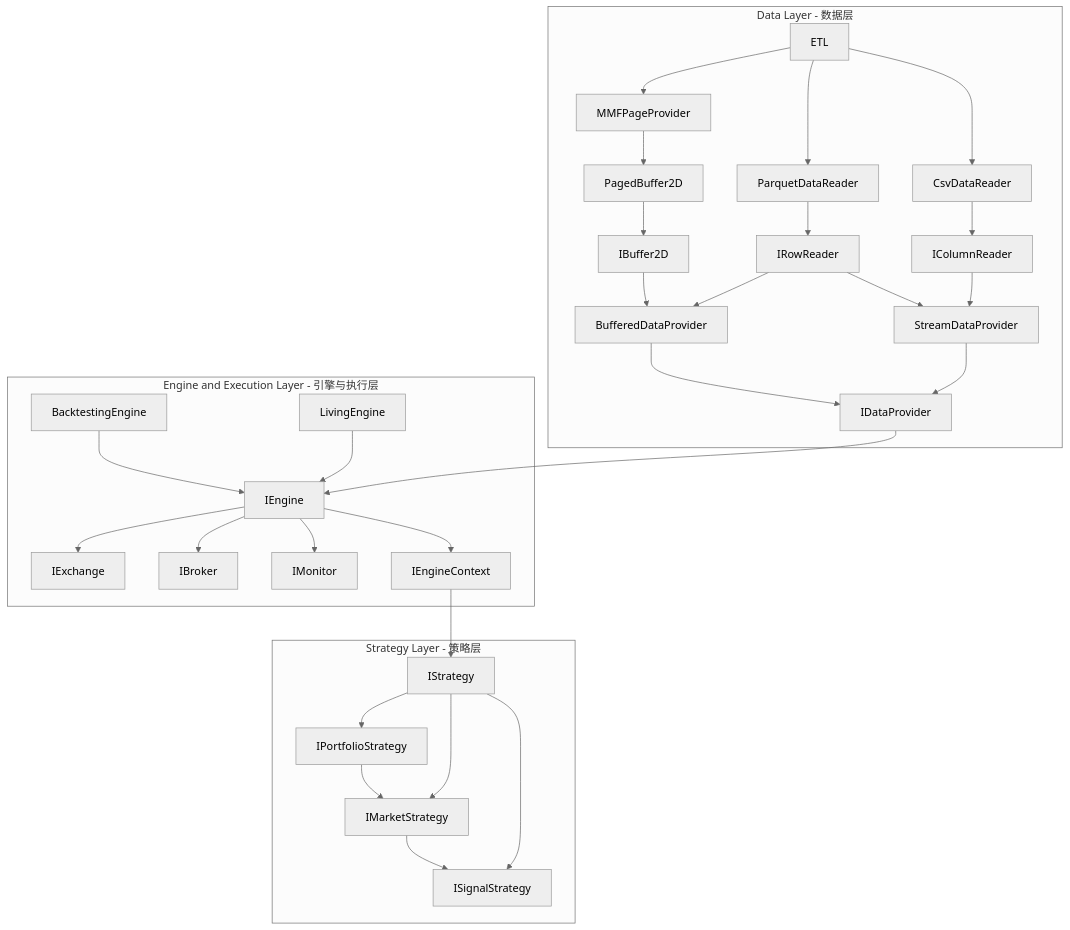
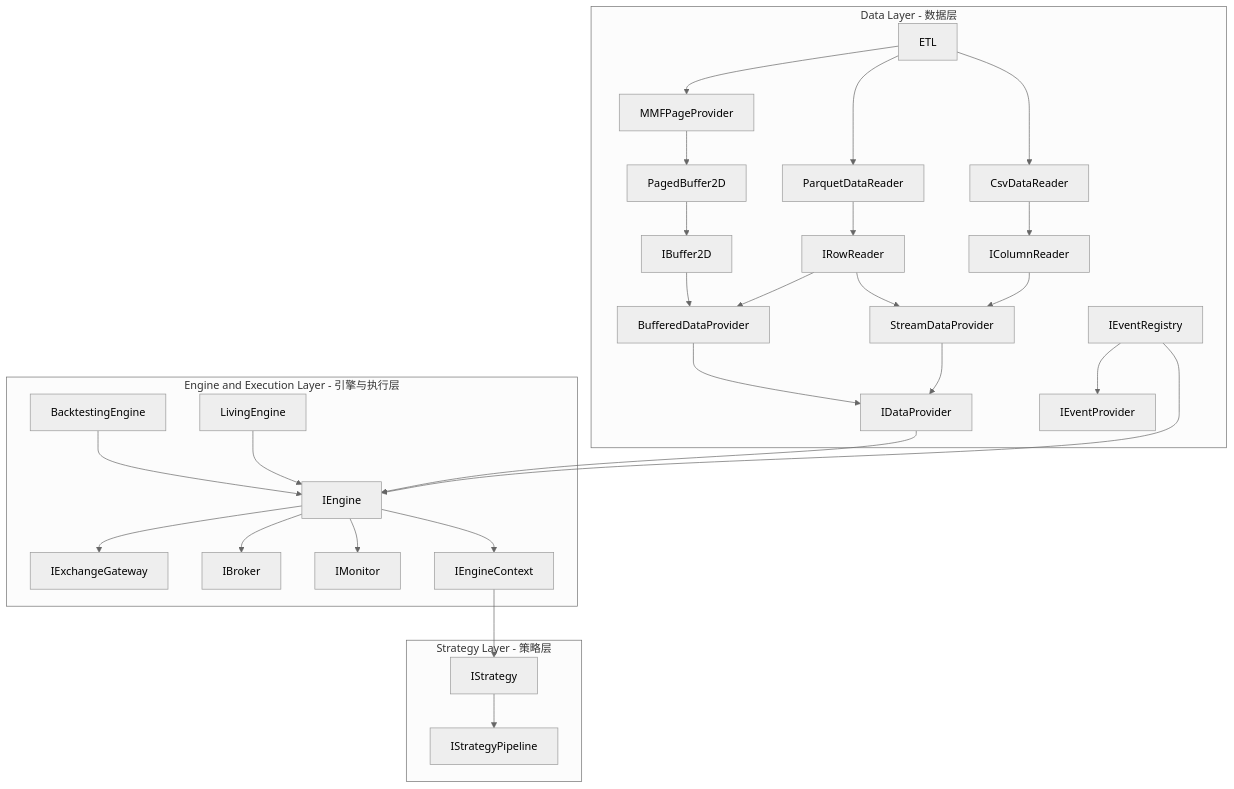
The diagram in .agent/README_FOR_AI.md (CRThu/CarrotQuant.Net), drawn with Mermaid (neutral theme) before and after one commit. The commit also changed 5 other files, not shown here.

Commit message:
更新流程框图

````diff
--- a/.agent/README_FOR_AI.md
+++ b/.agent/README_FOR_AI.md
@@ -9,63 +9,60 @@
 ```mermaid
 graph TD
     subgraph DataLayer [Data Layer - 数据层]
         ETL[ETL]
         MMFPageProvider[MMFPageProvider]
         ParquetDataReader[ParquetDataReader]
         CsvDataReader[CsvDataReader]
         PagedBuffer2D[PagedBuffer2D]
         IRowReader[IRowReader]
         IColumnReader[IColumnReader]
         IBuffer2D[IBuffer2D]
         BufferedDataProvider[BufferedDataProvider]
         StreamDataProvider[StreamDataProvider]
         IDataProvider[IDataProvider]
+        IEventRegistry[IEventRegistry]
+        IEventProvider[IEventProvider]
 
         ETL --> MMFPageProvider
         ETL --> ParquetDataReader
         ETL --> CsvDataReader
         MMFPageProvider --> PagedBuffer2D
         ParquetDataReader --> IRowReader
         CsvDataReader --> IColumnReader
         PagedBuffer2D --> IBuffer2D
         IBuffer2D --> BufferedDataProvider
         IRowReader --> BufferedDataProvider
         IColumnReader --> StreamDataProvider
         IRowReader --> StreamDataProvider
         BufferedDataProvider --> IDataProvider
         StreamDataProvider --> IDataProvider
+        IEventRegistry --> IEventProvider
     end
 
     subgraph EngineExecutionLayer [Engine and Execution Layer - 引擎与执行层]
         BacktestingEngine[BacktestingEngine]
         LivingEngine[LivingEngine]
         IEngine[IEngine]
         IEngineContext[IEngineContext]
-        IExchange[IExchange]
+        IExchangeGateway[IExchangeGateway]
         IBroker[IBroker]
         IMonitor[IMonitor]
 
         BacktestingEngine --> IEngine
         LivingEngine --> IEngine
         IDataProvider --> IEngine
-        IEngine --> IExchange
+        IEventRegistry --> IEngine
+        IEngine --> IExchangeGateway
         IEngine --> IBroker
         IEngine --> IMonitor
         IEngine --> IEngineContext
     end
 
     subgraph StrategyLayer [Strategy Layer - 策略层]
         IStrategy[IStrategy]
-        IPortfolioStrategy[IPortfolioStrategy]
-        IMarketStrategy[IMarketStrategy]
-        ISignalStrategy[ISignalStrategy]
+        IStrategyPipeline[IStrategyPipeline]
 
         IEngineContext --> IStrategy
-        IStrategy --> IPortfolioStrategy
-        IStrategy --> IMarketStrategy
-        IStrategy --> ISignalStrategy
-        
-        IPortfolioStrategy --> IMarketStrategy
-        IMarketStrategy --> ISignalStrategy
+        IStrategy --> IStrategyPipeline
     end
 ```
````
